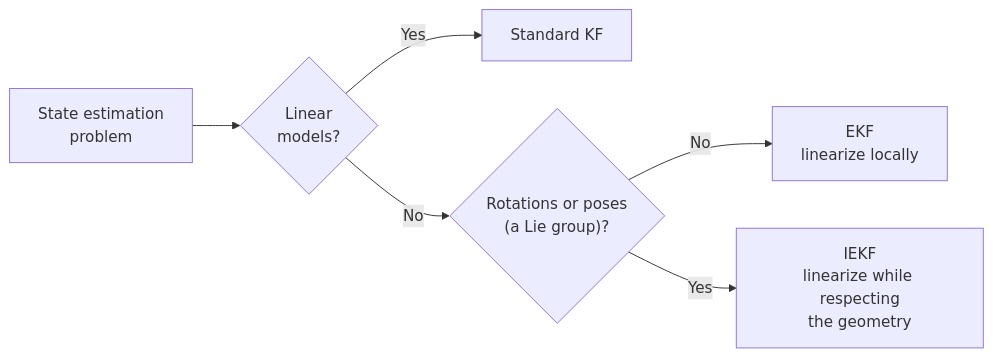
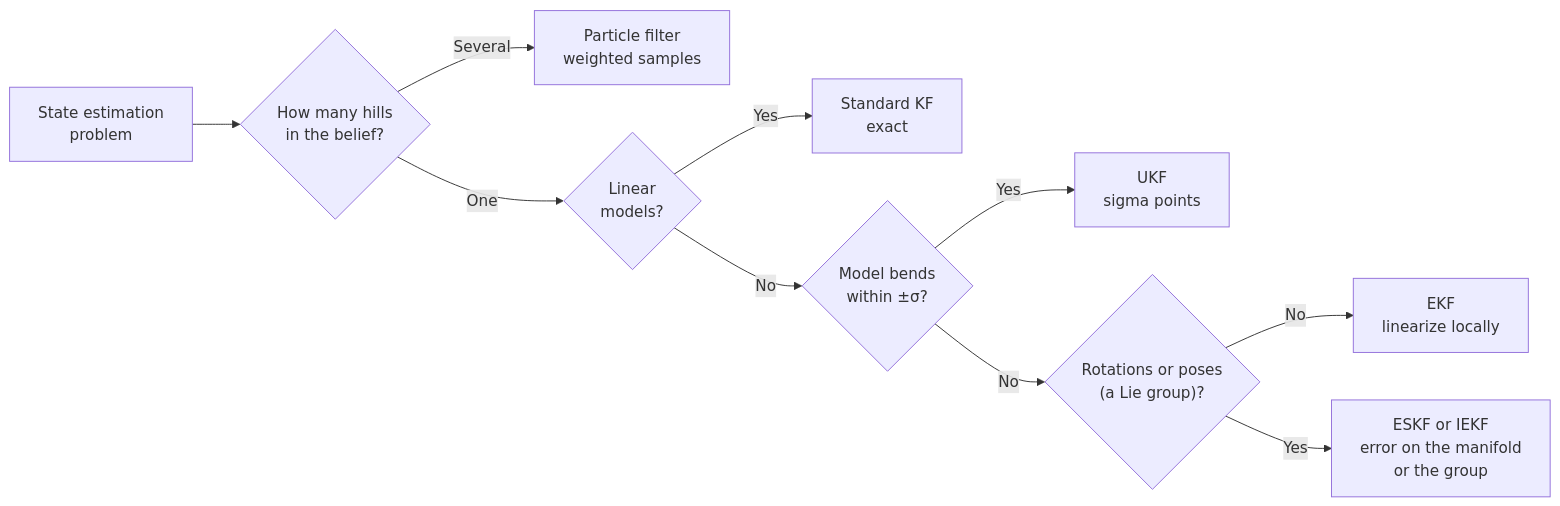
The diagram in docs/filtering/kf_ekf_iekf.md (huynhthaihoa/state-estimation-simulations), drawn with Mermaid before and after one commit. The commit also changed other lines of this file and 21 other files, not shown here.

````diff
--- a/docs/filtering/kf_ekf_iekf.md
+++ b/docs/filtering/kf_ekf_iekf.md
@@ -320,8 +352,12 @@
 ```mermaid
 flowchart LR
-    A["State estimation<br/>problem"] --> B{"Linear<br/>models?"}
-    B -->|Yes| KF["Standard KF"]
-    B -->|No| C{"Rotations or poses<br/>(a Lie group)?"}
-    C -->|No| EKF["EKF<br/>linearize locally"]
-    C -->|Yes| IEKF["IEKF<br/>linearize while respecting<br/>the geometry"]
+    A["State estimation<br/>problem"] --> P{"How many hills<br/>in the belief?"}
+    P -->|Several| PF["Particle filter<br/>weighted samples"]
+    P -->|One| B{"Linear<br/>models?"}
+    B -->|Yes| KF["Standard KF<br/>exact"]
+    B -->|No| C{"Model bends<br/>within ±σ?"}
+    C -->|Yes| UKF["UKF<br/>sigma points"]
+    C -->|No| G{"Rotations or poses<br/>(a Lie group)?"}
+    G -->|No| EKF["EKF<br/>linearize locally"]
+    G -->|Yes| IEKF["ESKF or IEKF<br/>error on the manifold<br/>or the group"]
 ```
````
